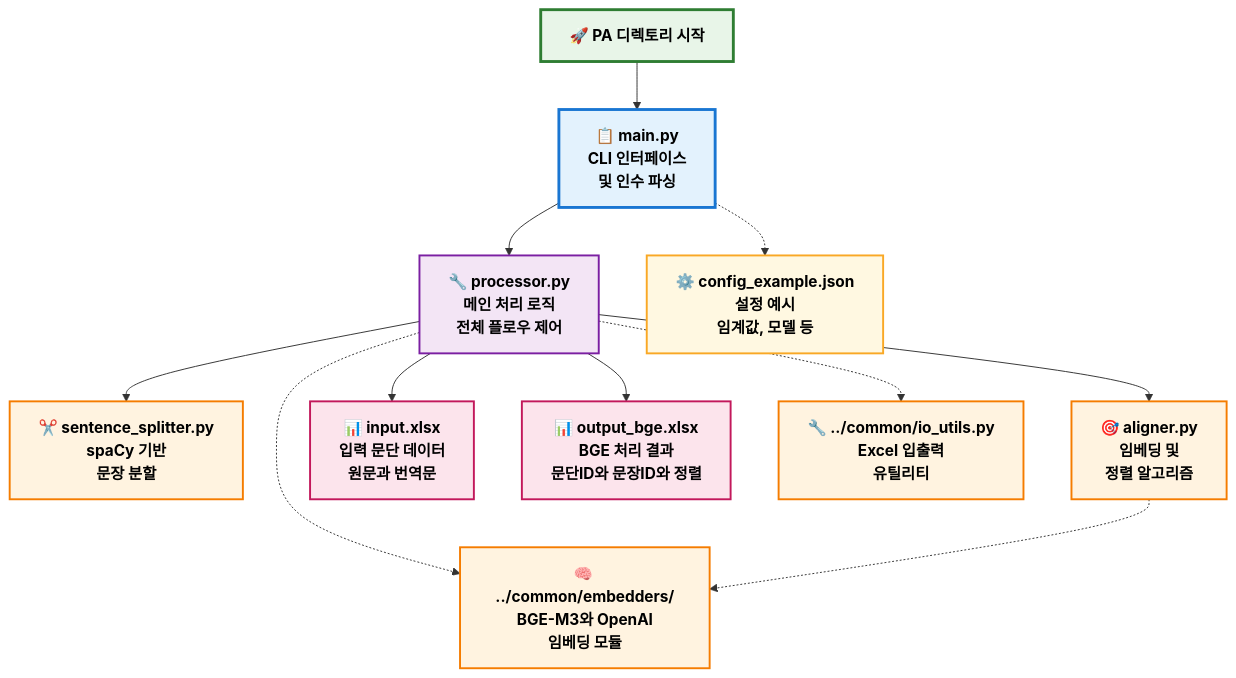
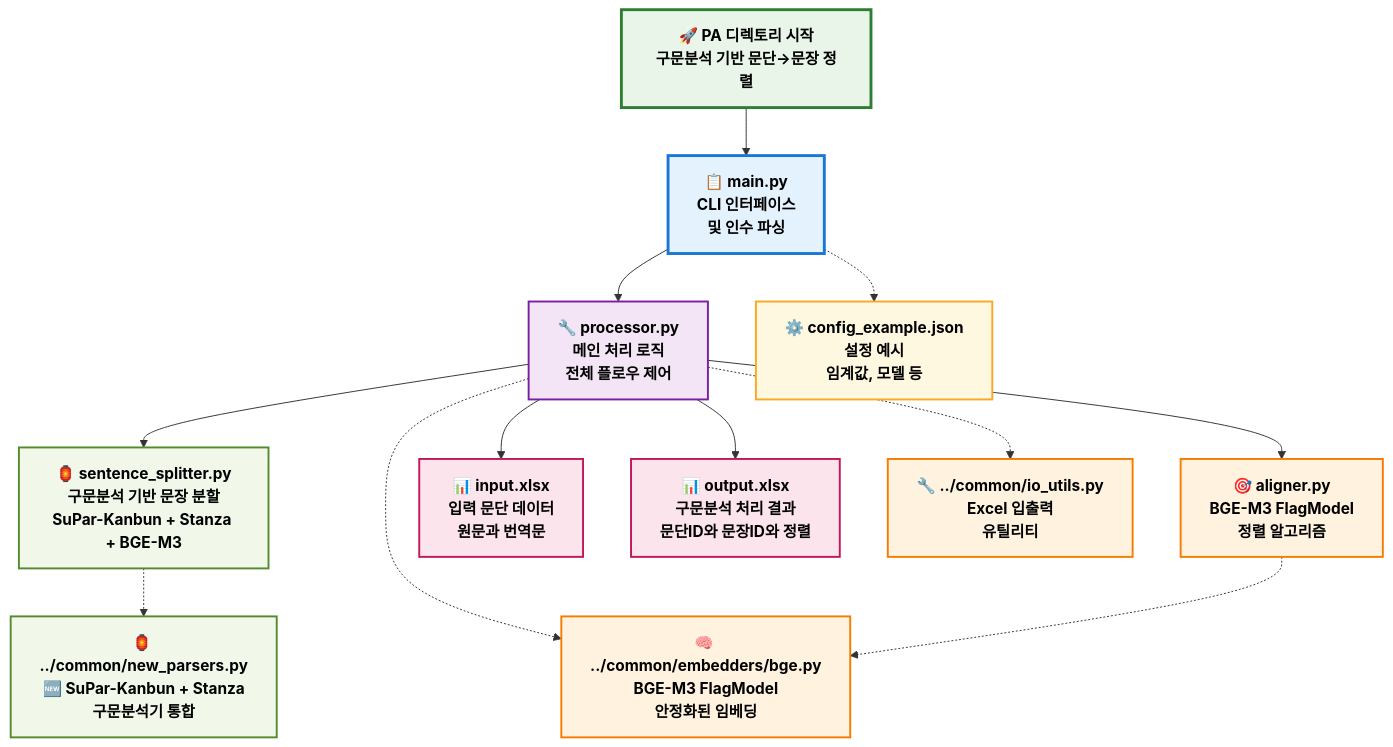
Before and after one commit to hw725/CSP: the first of 6 diagrams in etc/PA_디렉토리_플로우차트.md, drawn with Mermaid. The commit also changed other lines of this file and 439 other files, not shown here.

````diff
--- a/etc/PA_디렉토리_플로우차트.md
+++ b/etc/PA_디렉토리_플로우차트.md
@@ -9,46 +9,49 @@
 ```mermaid
 flowchart TB
     %% 스타일 정의 (글자가 잘 보이도록)
     classDef startEnd fill:#e8f5e8,stroke:#2e7d32,stroke-width:3px,color:#000,font-weight:bold
     classDef mainFile fill:#e3f2fd,stroke:#1976d2,stroke-width:3px,color:#000,font-weight:bold
     classDef processor fill:#f3e5f5,stroke:#7b1fa2,stroke-width:2px,color:#000,font-weight:bold
     classDef module fill:#fff3e0,stroke:#f57c00,stroke-width:2px,color:#000,font-weight:bold
+    classDef parser fill:#f1f8e9,stroke:#558b2f,stroke-width:2px,color:#000,font-weight:bold
     classDef data fill:#fce4ec,stroke:#c2185b,stroke-width:2px,color:#000,font-weight:bold
     classDef config fill:#fff8e1,stroke:#f9a825,stroke-width:2px,color:#000,font-weight:bold
     
-    A[🚀 PA 디렉토리 시작]:::startEnd
+    A[🚀 PA 디렉토리 시작<br/>구문분석 기반 문단→문장 정렬]:::startEnd
     
     %% 메인 실행기
     B[📋 main.py<br/>CLI 인터페이스<br/>및 인수 파싱]:::mainFile
     
     %% 핵심 처리기
     C[🔧 processor.py<br/>메인 처리 로직<br/>전체 플로우 제어]:::processor
     
-    %% 개별 모듈들
-    D[✂️ sentence_splitter.py<br/>spaCy 기반<br/>문장 분할]:::module
-    E[🎯 aligner.py<br/>임베딩 및<br/>정렬 알고리즘]:::module
+    %% 🆕 구문분석 모듈들
+    D[🏮 sentence_splitter.py<br/>구문분석 기반 문장 분할<br/>SuPar-Kanbun + Stanza + BGE-M3]:::parser
+    E[🎯 aligner.py<br/>BGE-M3 FlagModel<br/>정렬 알고리즘]:::module
     
     %% 데이터 파일들
     F[📊 input.xlsx<br/>입력 문단 데이터<br/>원문과 번역문]:::data
-    G[📊 output_bge.xlsx<br/>BGE 처리 결과<br/>문단ID와 문장ID와 정렬]:::data
+    G[📊 output.xlsx<br/>구문분석 처리 결과<br/>문단ID와 문장ID와 정렬]:::data
     
     %% 설정 파일
     H[⚙️ config_example.json<br/>설정 예시<br/>임계값, 모델 등]:::config
     
     %% 공통 모듈 (상위 디렉토리)
-    I[🧠 ../common/embedders/<br/>BGE-M3와 OpenAI<br/>임베딩 모듈]:::module
+    I[🧠 ../common/embedders/bge.py<br/>BGE-M3 FlagModel<br/>안정화된 임베딩]:::module
     J[🔧 ../common/io_utils.py<br/>Excel 입출력<br/>유틸리티]:::module
+    K[🏮 ../common/new_parsers.py<br/>🆕 SuPar-Kanbun + Stanza<br/>구문분석기 통합]:::parser
     
     A --> B
     B --> C
     C --> D
     C --> E
     C --> F
     C --> G
     
     %% 의존성 관계
     B -.-> H
     C -.-> I
     C -.-> J
+    D -.-> K
     E -.-> I
 ```
````
